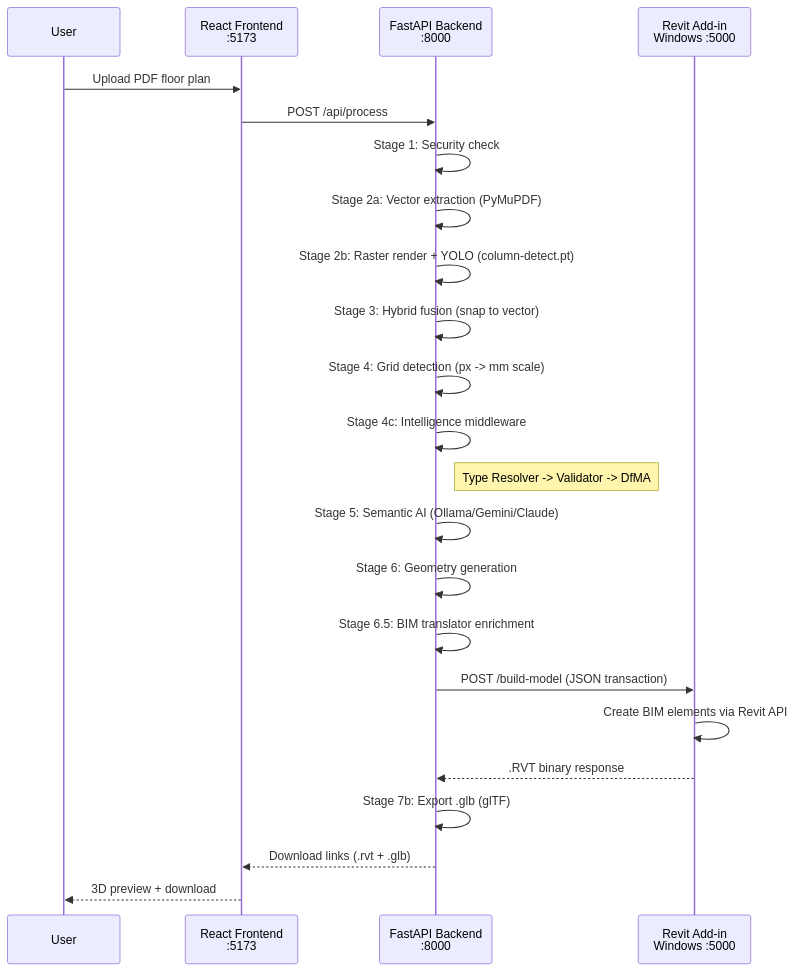
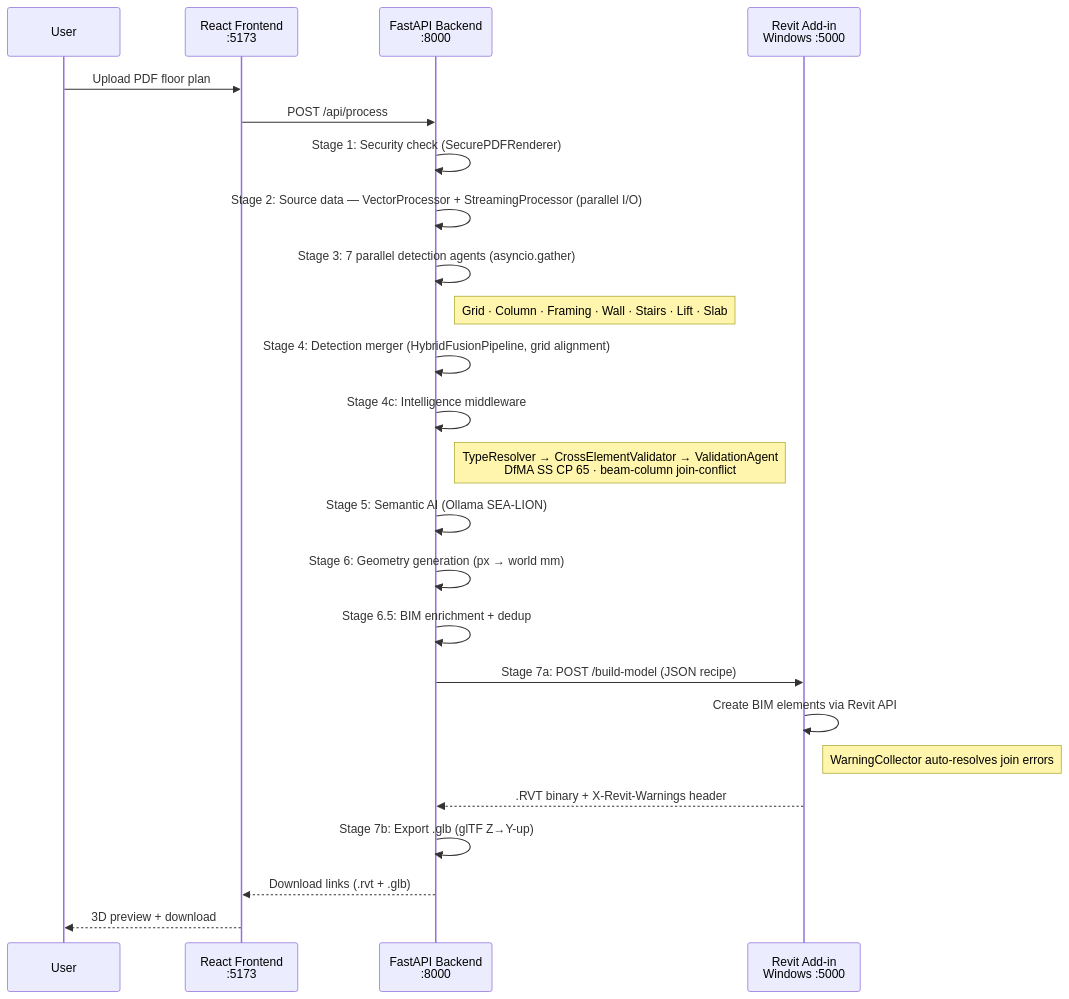
The third of 3 diagrams in DEPLOYMENT.md (josephteh97/mcc-amplify-v4), drawn with Mermaid before and after one commit. The commit also changed other lines of this file and 8 other files, not shown here.

````diff
--- a/DEPLOYMENT.md
+++ b/DEPLOYMENT.md
@@ -360,26 +369,27 @@
 ```mermaid
 sequenceDiagram
     participant User
     participant Frontend as React Frontend<br/>:5173
     participant Backend as FastAPI Backend<br/>:8000
     participant Revit as Revit Add-in<br/>Windows :5000
 
     User->>Frontend: Upload PDF floor plan
     Frontend->>Backend: POST /api/process
-    Backend->>Backend: Stage 1: Security check
-    Backend->>Backend: Stage 2a: Vector extraction (PyMuPDF)
-    Backend->>Backend: Stage 2b: Raster render + YOLO (column-detect.pt)
-    Backend->>Backend: Stage 3: Hybrid fusion (snap to vector)
-    Backend->>Backend: Stage 4: Grid detection (px -> mm scale)
+    Backend->>Backend: Stage 1: Security check (SecurePDFRenderer)
+    Backend->>Backend: Stage 2: Source data — VectorProcessor + StreamingProcessor (parallel I/O)
+    Backend->>Backend: Stage 3: 7 parallel detection agents (asyncio.gather)
+    Note right of Backend: Grid · Column · Framing · Wall · Stairs · Lift · Slab
+    Backend->>Backend: Stage 4: Detection merger (HybridFusionPipeline, grid alignment)
     Backend->>Backend: Stage 4c: Intelligence middleware
-    Note right of Backend: Type Resolver -> Validator -> DfMA
-    Backend->>Backend: Stage 5: Semantic AI (Ollama/Gemini/Claude)
-    Backend->>Backend: Stage 6: Geometry generation
-    Backend->>Backend: Stage 6.5: BIM translator enrichment
-    Backend->>Revit: POST /build-model (JSON transaction)
+    Note right of Backend: TypeResolver → CrossElementValidator → ValidationAgent<br/>DfMA SS CP 65 · beam-column join-conflict
+    Backend->>Backend: Stage 5: Semantic AI (Ollama SEA-LION)
+    Backend->>Backend: Stage 6: Geometry generation (px → world mm)
+    Backend->>Backend: Stage 6.5: BIM enrichment + dedup
+    Backend->>Revit: Stage 7a: POST /build-model (JSON recipe)
     Revit->>Revit: Create BIM elements via Revit API
-    Revit-->>Backend: .RVT binary response
-    Backend->>Backend: Stage 7b: Export .glb (glTF)
+    Note right of Revit: WarningCollector auto-resolves join errors
+    Revit-->>Backend: .RVT binary + X-Revit-Warnings header
+    Backend->>Backend: Stage 7b: Export .glb (glTF Z→Y-up)
     Backend-->>Frontend: Download links (.rvt + .glb)
     Frontend-->>User: 3D preview + download
 ```
````
